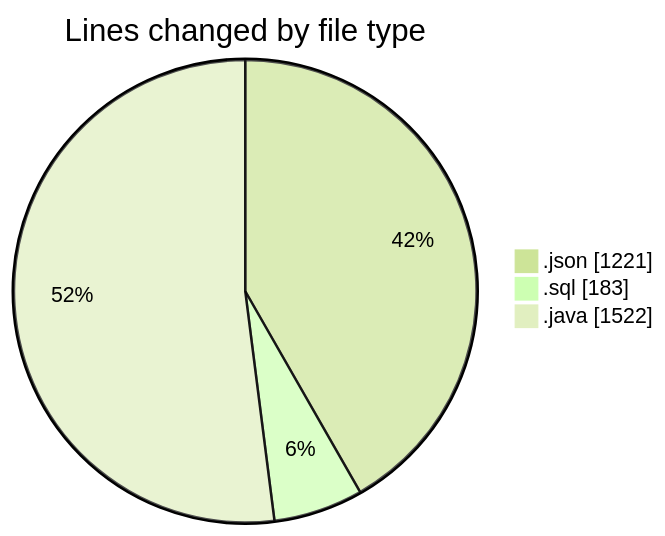
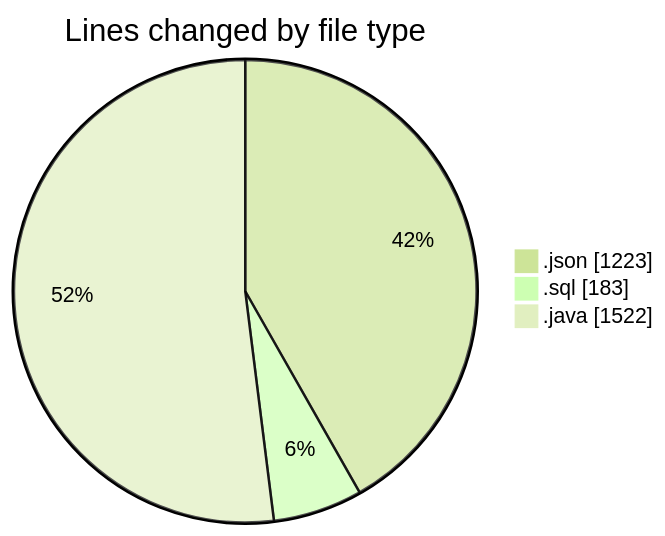
The first of 2 diagrams in 2026-06-16/cilapp/README.md (ricardozamudiocil/code-tracking), drawn with Mermaid (forest theme) before and after one commit. The commit also changed other lines of this file and 1 other file, not shown here.

````diff
--- a/2026-06-16/cilapp/README.md
+++ b/2026-06-16/cilapp/README.md
@@ -25,7 +25,7 @@
 ```mermaid
 pie showData
 title Lines changed by file type
-".json" : 1221
+".json" : 1223
 ".sql" : 183
 ".java" : 1522
 ```
````
